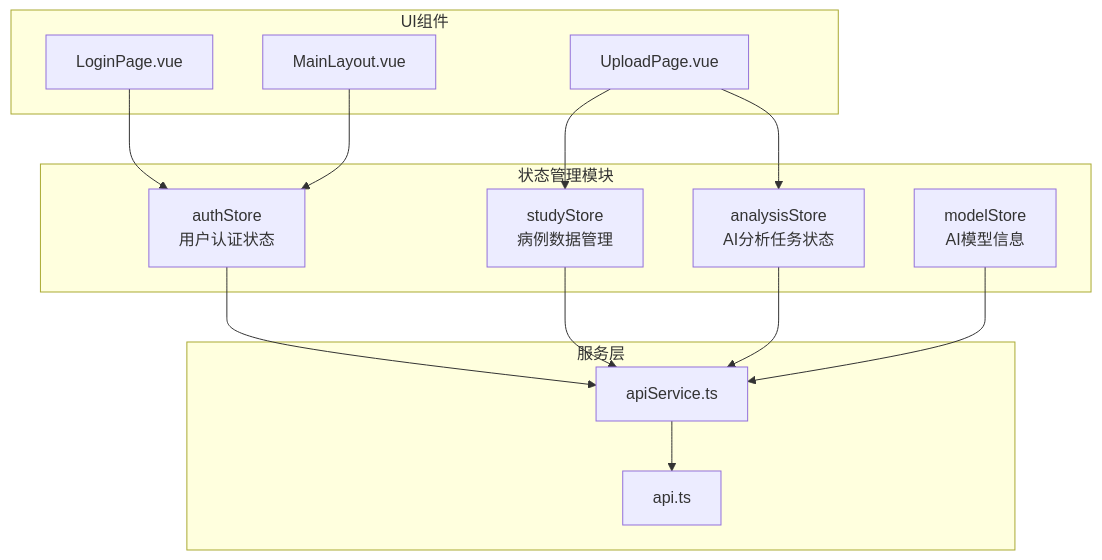
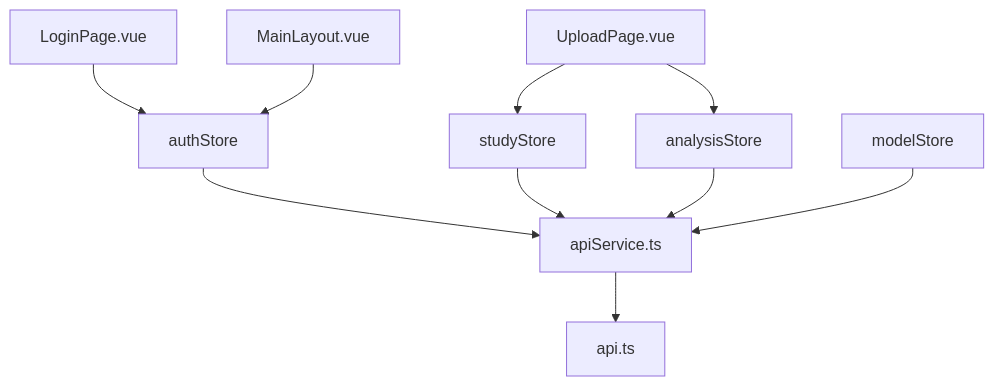
One commit to xingranya/CervixDetectAI changed the first of 19 diagrams in wiki/前端架构/状态管理.md. Above: the diagram before and after it, drawn with Mermaid. The commit also changed other lines of this file and 35 other files, not shown here.

First line of the commit message:
docs(readme): 优化并统一项目文档中的流程图与说明

````diff
--- a/wiki/前端架构/状态管理.md
+++ b/wiki/前端架构/状态管理.md
@@ -48,27 +48,12 @@
 ```mermaid
-graph TB
-subgraph "状态管理模块"
-authStore["authStore<br>用户认证状态"]
-studyStore["studyStore<br>病例数据管理"]
-analysisStore["analysisStore<br>AI分析任务状态"]
-modelStore["modelStore<br>AI模型信息"]
-end
-subgraph "UI组件"
-LoginPage["LoginPage.vue"]
-UploadPage["UploadPage.vue"]
-MainLayout["MainLayout.vue"]
-end
-subgraph "服务层"
-apiService["apiService.ts"]
-api["api.ts"]
-end
-LoginPage --> authStore
-UploadPage --> studyStore
-UploadPage --> analysisStore
-MainLayout --> authStore
-authStore --> apiService
+flowchart TB
+LoginPage["LoginPage.vue"] --> authStore["authStore"]
+UploadPage["UploadPage.vue"] --> studyStore["studyStore"]
+UploadPage --> analysisStore["analysisStore"]
+MainLayout["MainLayout.vue"] --> authStore
+authStore --> apiService["apiService.ts"]
 studyStore --> apiService
 analysisStore --> apiService
-modelStore --> apiService
-apiService --> api
+modelStore["modelStore"] --> apiService
+apiService --> api["api.ts"]
 ```
````
